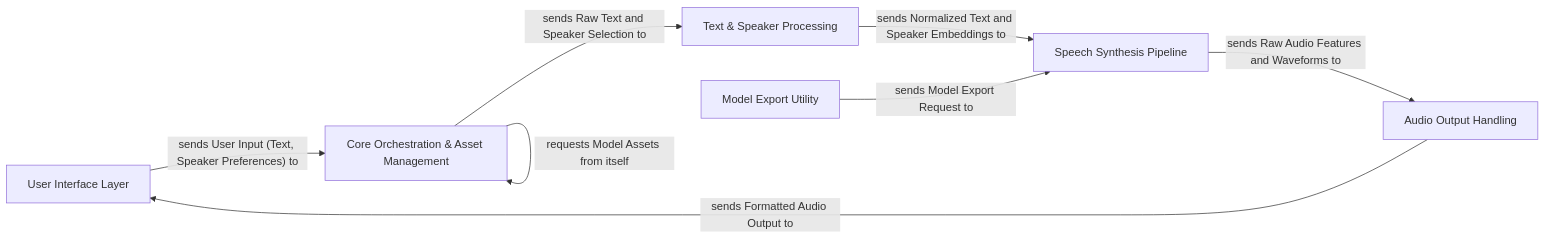
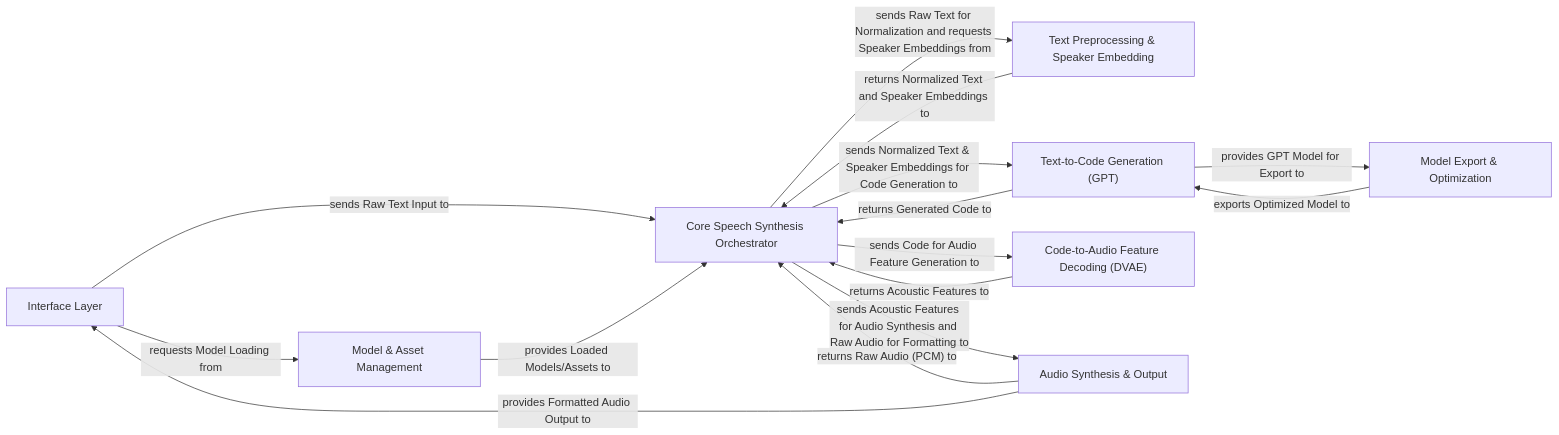
The diagram in ChatTTS/on_boarding.md (KingXHJ/X-GeneratedOnBoardings), drawn with Mermaid before and after one commit. The commit also changed other lines of this file and 25 other files, not shown here.

Commit message:
Uploading onboarding materials for ChatTTS

````diff
--- a/ChatTTS/on_boarding.md
+++ b/ChatTTS/on_boarding.md
@@ -1,16 +1,31 @@
 ```mermaid
 graph LR
-    User_Interface_Layer["User Interface Layer"]
-    Core_Orchestration_Asset_Management["Core Orchestration & Asset Management"]
-    Text_Speaker_Processing["Text & Speaker Processing"]
-    Speech_Synthesis_Pipeline["Speech Synthesis Pipeline"]
-    Audio_Output_Handling["Audio Output Handling"]
-    Model_Export_Utility["Model Export Utility"]
-    User_Interface_Layer -- "sends User Input (Text, Speaker Preferences) to" --> Core_Orchestration_Asset_Management
-    Core_Orchestration_Asset_Management -- "requests Model Assets from itself" --> Core_Orchestration_Asset_Management
-    Core_Orchestration_Asset_Management -- "sends Raw Text and Speaker Selection to" --> Text_Speaker_Processing
-    Text_Speaker_Processing -- "sends Normalized Text and Speaker Embeddings to" --> Speech_Synthesis_Pipeline
-    Speech_Synthesis_Pipeline -- "sends Raw Audio Features and Waveforms to" --> Audio_Output_Handling
-    Audio_Output_Handling -- "sends Formatted Audio Output to" --> User_Interface_Layer
-    Model_Export_Utility -- "sends Model Export Request to" --> Speech_Synthesis_Pipeline
+    Interface_Layer["Interface Layer"]
+    Model_Asset_Management["Model & Asset Management"]
+    Core_Speech_Synthesis_Orchestrator["Core Speech Synthesis Orchestrator"]
+    Text_Preprocessing_Speaker_Embedding["Text Preprocessing & Speaker Embedding"]
+    Text_to_Code_Generation_GPT_["Text-to-Code Generation (GPT)"]
+    Code_to_Audio_Feature_Decoding_DVAE_["Code-to-Audio Feature Decoding (DVAE)"]
+    Audio_Synthesis_Output["Audio Synthesis & Output"]
+    Model_Export_Optimization["Model Export & Optimization"]
+    Interface_Layer -- "sends Raw Text Input to" --> Core_Speech_Synthesis_Orchestrator
+    Interface_Layer -- "requests Model Loading from" --> Model_Asset_Management
+    Model_Asset_Management -- "provides Loaded Models/Assets to" --> Core_Speech_Synthesis_Orchestrator
+    Core_Speech_Synthesis_Orchestrator -- "sends Raw Text for Normalization and requests Speaker Embeddings from" --> Text_Preprocessing_Speaker_Embedding
+    Text_Preprocessing_Speaker_Embedding -- "returns Normalized Text and Speaker Embeddings to" --> Core_Speech_Synthesis_Orchestrator
+    Core_Speech_Synthesis_Orchestrator -- "sends Normalized Text & Speaker Embeddings for Code Generation to" --> Text_to_Code_Generation_GPT_
+    Text_to_Code_Generation_GPT_ -- "returns Generated Code to" --> Core_Speech_Synthesis_Orchestrator
+    Core_Speech_Synthesis_Orchestrator -- "sends Code for Audio Feature Generation to" --> Code_to_Audio_Feature_Decoding_DVAE_
+    Code_to_Audio_Feature_Decoding_DVAE_ -- "returns Acoustic Features to" --> Core_Speech_Synthesis_Orchestrator
+    Core_Speech_Synthesis_Orchestrator -- "sends Acoustic Features for Audio Synthesis and Raw Audio for Formatting to" --> Audio_Synthesis_Output
+    Audio_Synthesis_Output -- "returns Raw Audio (PCM) to" --> Core_Speech_Synthesis_Orchestrator
+    Audio_Synthesis_Output -- "provides Formatted Audio Output to" --> Interface_Layer
+    Text_to_Code_Generation_GPT_ -- "provides GPT Model for Export to" --> Model_Export_Optimization
+    Model_Export_Optimization -- "exports Optimized Model to" --> Text_to_Code_Generation_GPT_
+    click Interface_Layer href "https://github.com/CodeBoarding/GeneratedOnBoardings/blob/main/ChatTTS/Interface_Layer.md" "Details"
+    click Core_Speech_Synthesis_Orchestrator href "https://github.com/CodeBoarding/GeneratedOnBoardings/blob/main/ChatTTS/Core_Speech_Synthesis_Orchestrator.md" "Details"
+    click Text_Preprocessing_Speaker_Embedding href "https://github.com/CodeBoarding/GeneratedOnBoardings/blob/main/ChatTTS/Text_Preprocessing_Speaker_Embedding.md" "Details"
+    click Text_to_Code_Generation_GPT_ href "https://github.com/CodeBoarding/GeneratedOnBoardings/blob/main/ChatTTS/Text_to_Code_Generation_GPT_.md" "Details"
+    click Code_to_Audio_Feature_Decoding_DVAE_ href "https://github.com/CodeBoarding/GeneratedOnBoardings/blob/main/ChatTTS/Code_to_Audio_Feature_Decoding_DVAE_.md" "Details"
+    click Audio_Synthesis_Output href "https://github.com/CodeBoarding/GeneratedOnBoardings/blob/main/ChatTTS/Audio_Synthesis_Output.md" "Details"
 ```
````
